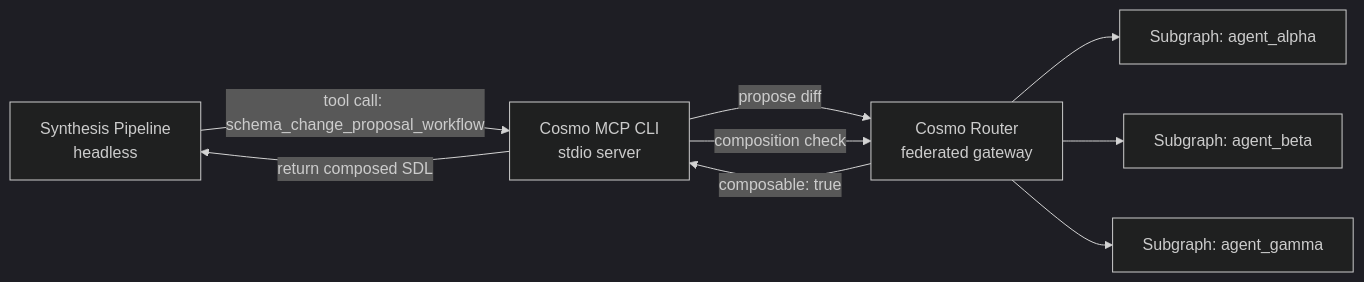
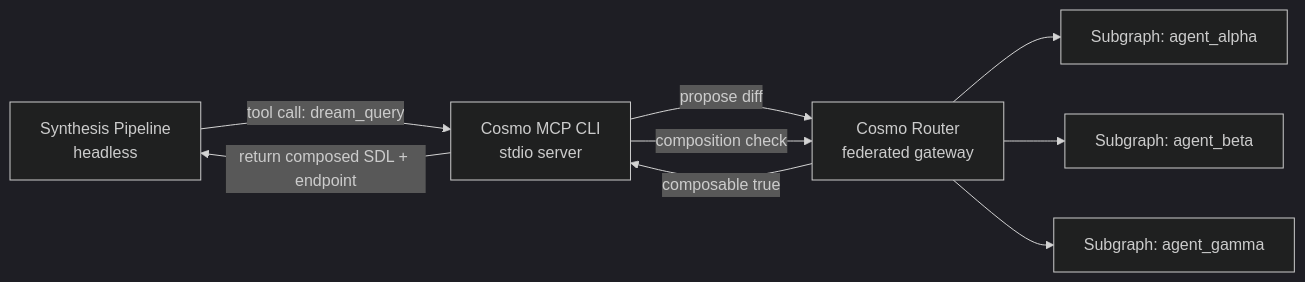
The sixth of 9 diagrams in architecture.md (nihalnihalani/understudy), drawn with Mermaid (dark theme) before and after one commit. The commit also changed other lines of this file and 1 other file, not shown here.

````diff
--- a/architecture.md
+++ b/architecture.md
@@ -160,18 +268,18 @@
 ```mermaid
 flowchart LR
     Synth[Synthesis Pipeline<br/>headless]
     MCP[Cosmo MCP CLI<br/>stdio server]
     Router[Cosmo Router<br/>federated gateway]
     SG1[Subgraph: agent_alpha]
     SG2[Subgraph: agent_beta]
     SG3[Subgraph: agent_gamma]
 
-    Synth -->|tool call: schema_change_proposal_workflow| MCP
+    Synth -->|tool call: dream_query| MCP
     MCP -->|propose diff| Router
     MCP -->|composition check| Router
     Router --> SG1
     Router --> SG2
     Router --> SG3
-    Router -->|composable: true| MCP
-    MCP -->|return composed SDL| Synth
+    Router -->|composable true| MCP
+    MCP -->|return composed SDL + endpoint| Synth
 ```
````
